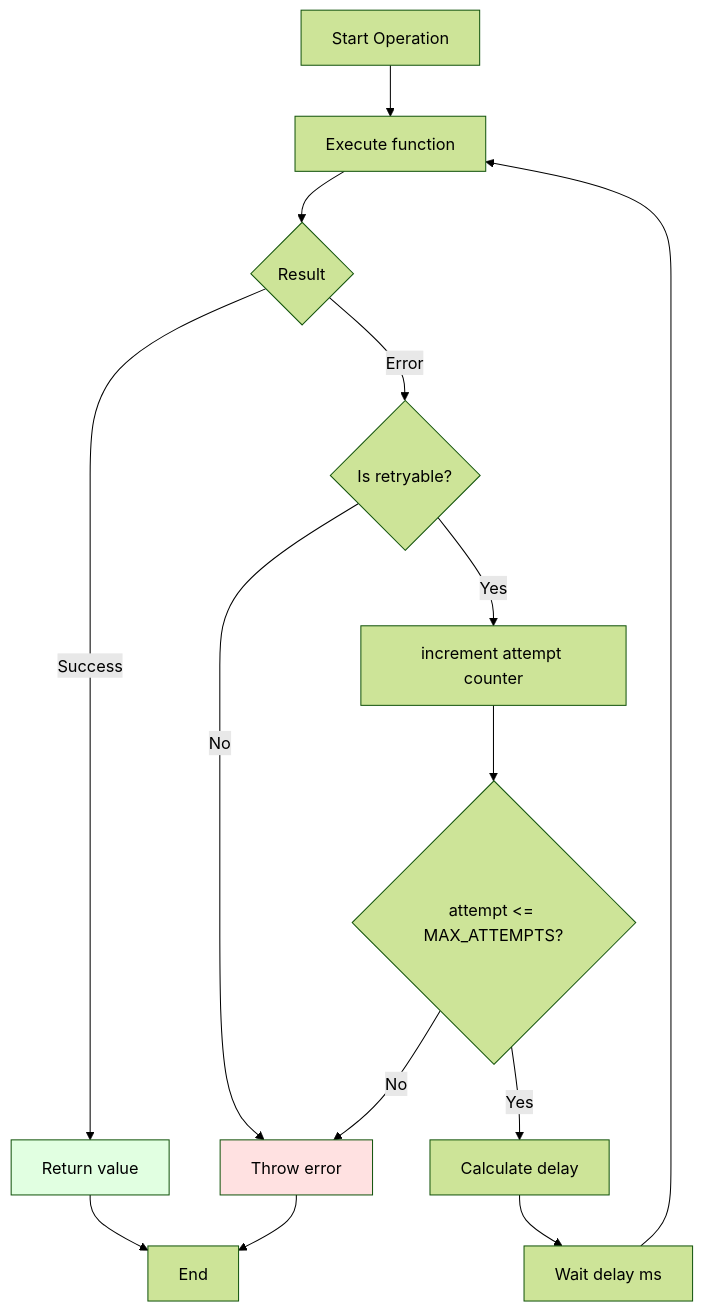
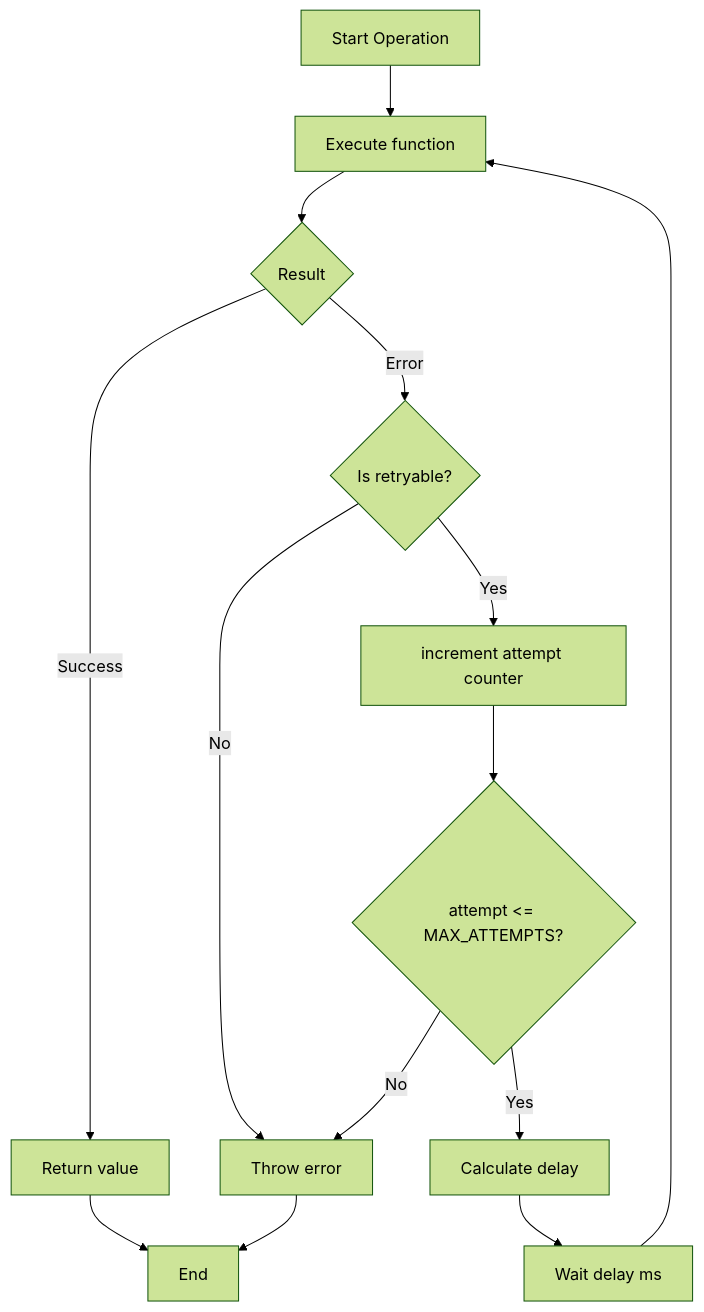
One commit to DaxServer/geocode-commons-categories changed the sixth of 19 diagrams in docs/import/error-handling.md. Above: the diagram before and after it, drawn with Mermaid (forest theme). The commit also changed other lines of this file and 5 other files, not shown here.

````diff
--- a/docs/import/error-handling.md
+++ b/docs/import/error-handling.md
@@ -239,25 +230,23 @@
 ```mermaid
 graph TD
     START[Start Operation] --> EXECUTE[Execute function]
     EXECUTE --> RESULT{Result}
 
     RESULT -->|Success| RETURN[Return value]
     RESULT -->|Error| CHECK_RETRY{Is retryable?}
 
     CHECK_RETRY -->|No| THROW[Throw error]
     CHECK_RETRY -->|Yes| INCREMENT[increment attempt counter]
 
     INCREMENT --> CHECK_MAX{attempt <= MAX_ATTEMPTS?}
 
     CHECK_MAX -->|No| THROW
     CHECK_MAX -->|Yes| CALC_DELAY[Calculate delay]
 
     CALC_DELAY --> WAIT[Wait delay ms]
     WAIT --> EXECUTE
 
     RETURN --> END[End]
     THROW --> END
 
-    style RETURN fill:#e1ffe1
-    style THROW fill:#ffe1e1
 ```
````
